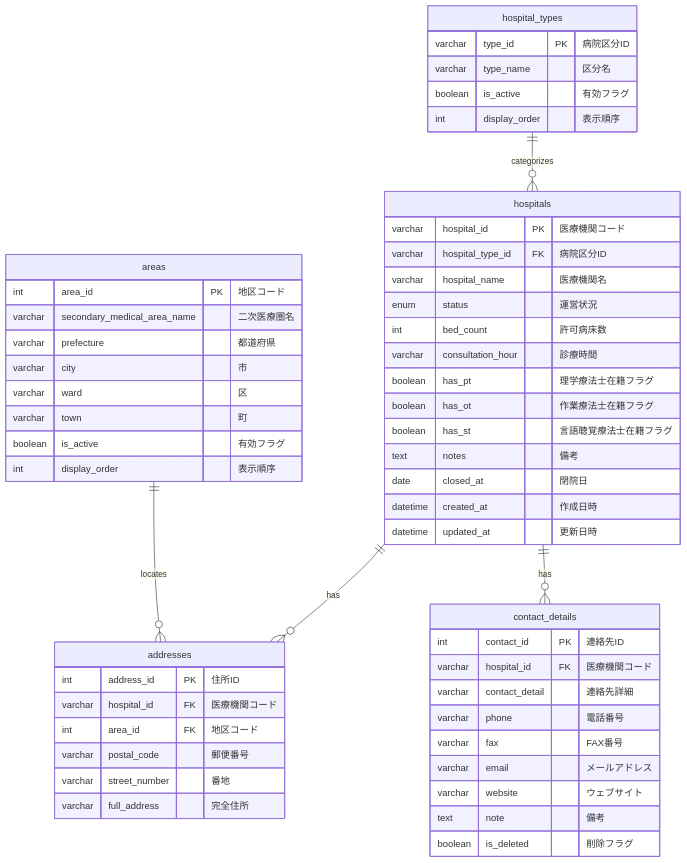
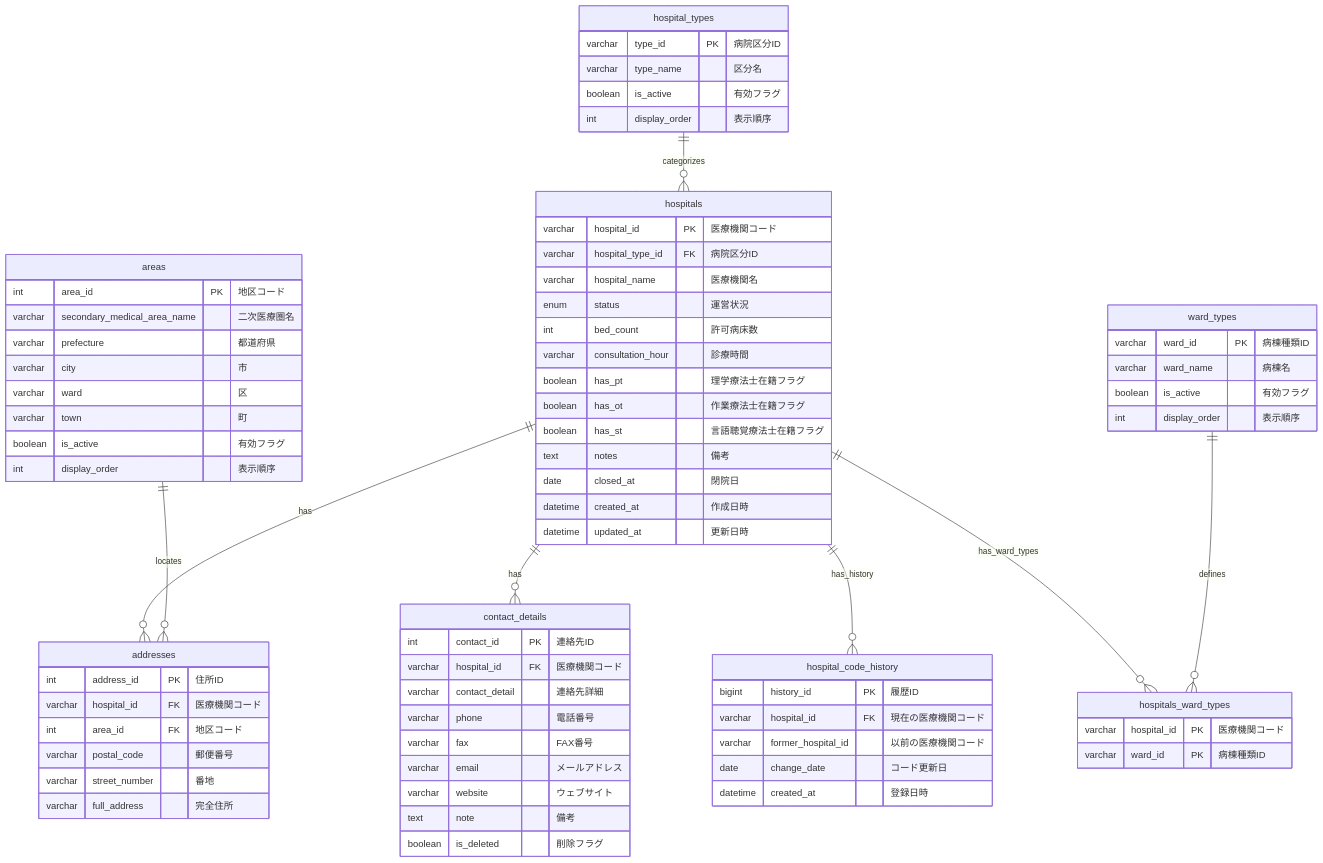
Before and after one commit to w3422008/update_DB: the first of 10 diagrams in rebuild/資料/新医療機関システム/仕様書等/DB/E-R/ER_diagram.md, drawn with Mermaid. The commit also changed other lines of this file and 5 other files, not shown here.

````diff
--- a/rebuild/資料/新医療機関システム/仕様書等/DB/E-R/ER_diagram.md
+++ b/rebuild/資料/新医療機関システム/仕様書等/DB/E-R/ER_diagram.md
@@ -61,9 +57,32 @@
         int display_order "表示順序"
     }
     
+    hospital_code_history {
+        bigint history_id PK "履歴ID"
+        varchar hospital_id FK "現在の医療機関コード"
+        varchar former_hospital_id "以前の医療機関コード"
+        date change_date "コード更新日"
+        datetime created_at "登録日時"
+    }
+    
+    hospitals_ward_types {
+        varchar hospital_id PK "医療機関コード"
+        varchar ward_id PK "病棟種類ID"
+    }
+    
+    ward_types {
+        varchar ward_id PK "病棟種類ID"
+        varchar ward_name "病棟名"
+        boolean is_active "有効フラグ"
+        int display_order "表示順序"
+    }
+    
     %% リレーションシップ
     hospital_types ||--o{ hospitals : "categorizes"
     hospitals ||--o{ addresses : "has"
     hospitals ||--o{ contact_details : "has"
+    hospitals ||--o{ hospital_code_history : "has_history"
+    hospitals ||--o{ hospitals_ward_types : "has_ward_types"
+    ward_types ||--o{ hospitals_ward_types : "defines"
     areas ||--o{ addresses : "locates"
 ```
````
